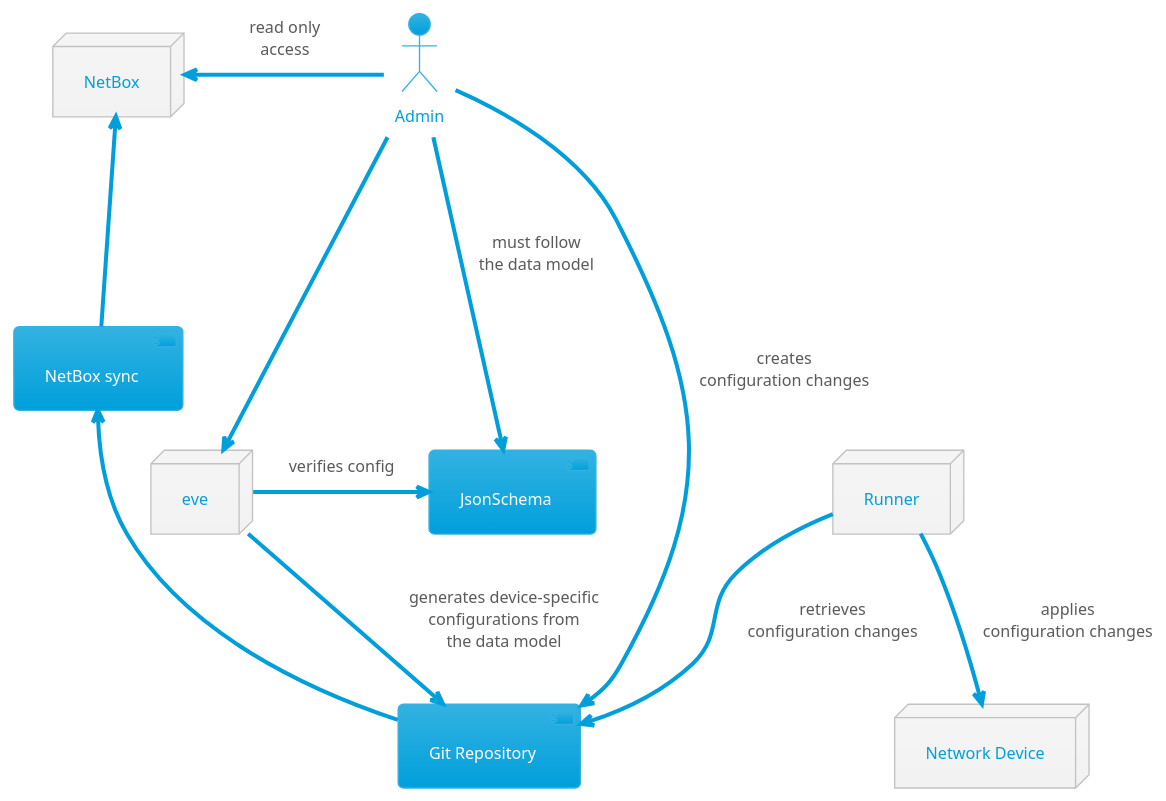
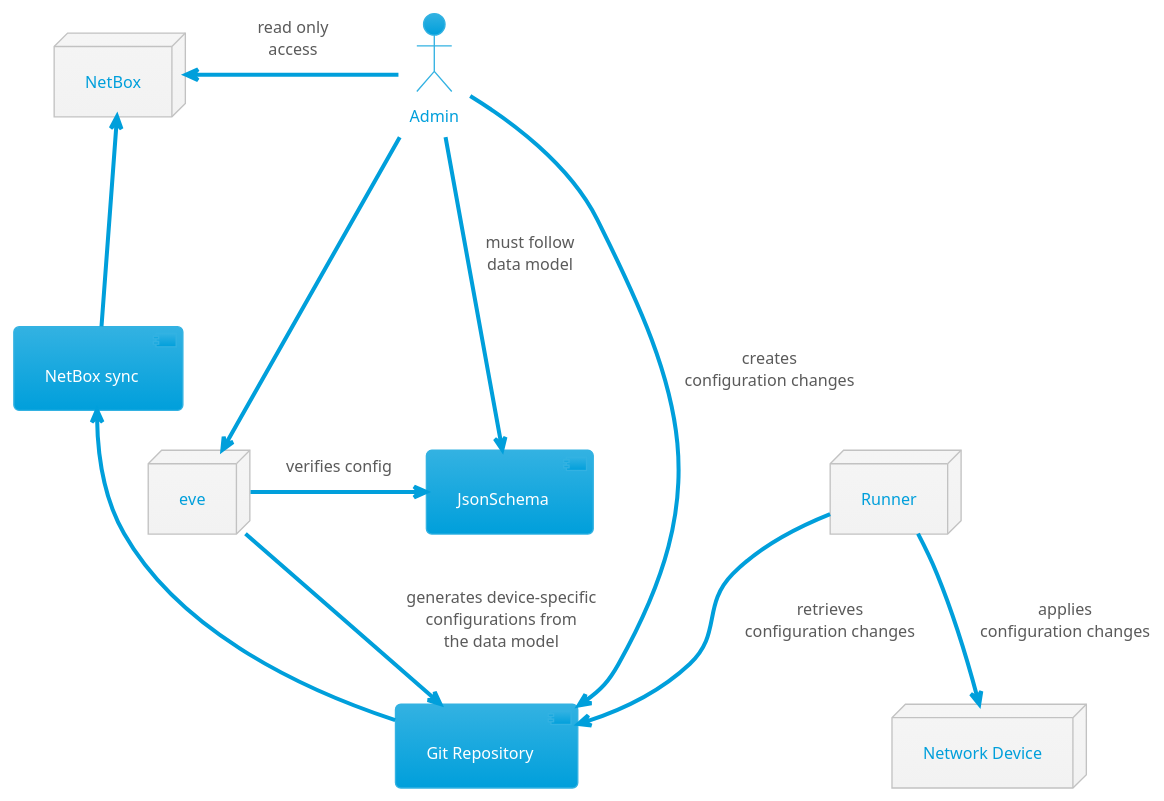
The diagram in docs/structure.puml (rwxd/netauto-git-sot), drawn with PlantUML before and after one commit. The commit also changed 46 other files, not shown here.

```diff
--- a/docs/structure.puml
+++ b/docs/structure.puml
@@ -1,35 +1,35 @@
 @startuml name Git as Source of Truth
 
 !theme bluegray
 skinparam DefaultTextAlignment center
 skinparam BackgroundColor White
 skinparam Dpi 100
 
 ' node RESTAPI as "REST API"
 component Syncer as "NetBox sync"
 node NetBox
 ' node Topology as "Topology\nMaker"
 node eve
 component Repository as "Git Repository"
 node Runner
 node NetworkDevice as "Network Device"
 component JsonSchema
 actor Admin
 
 
 ' RESTAPI --> JsonSchema
 ' RESTAPI -right-> Repository
 Repository -up-> Syncer
 Syncer -up-> NetBox
 ' Topology -up-> RESTAPI
 ' Admin -right-> Topology: views\ntopology diagrams
 eve -down-> Repository: generates device-specific\nconfigurations from\nthe data model
 eve -right-> JsonSchema: verifies config
 Admin -down--> eve
-Admin -down-> JsonSchema: must follow\nthe data model
+Admin -down-> JsonSchema: must follow\ndata model
 Admin -down-> Repository: creates\nconfiguration changes
 ' Admin -down-> RESTAPI: uses\nquery tools
 Admin -left-> NetBox: read only\naccess
 Runner -down-> Repository: retrieves\nconfiguration changes
 Runner -down-> NetworkDevice: applies\nconfiguration changes
 @enduml
```
